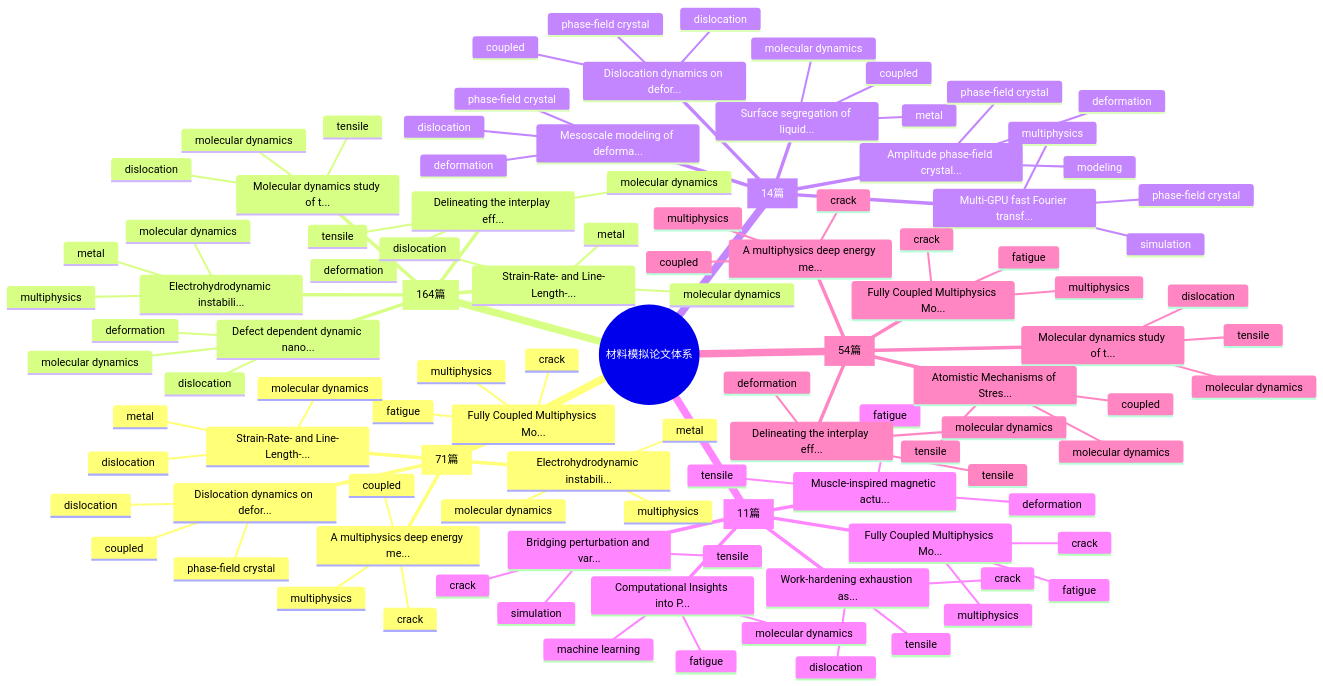
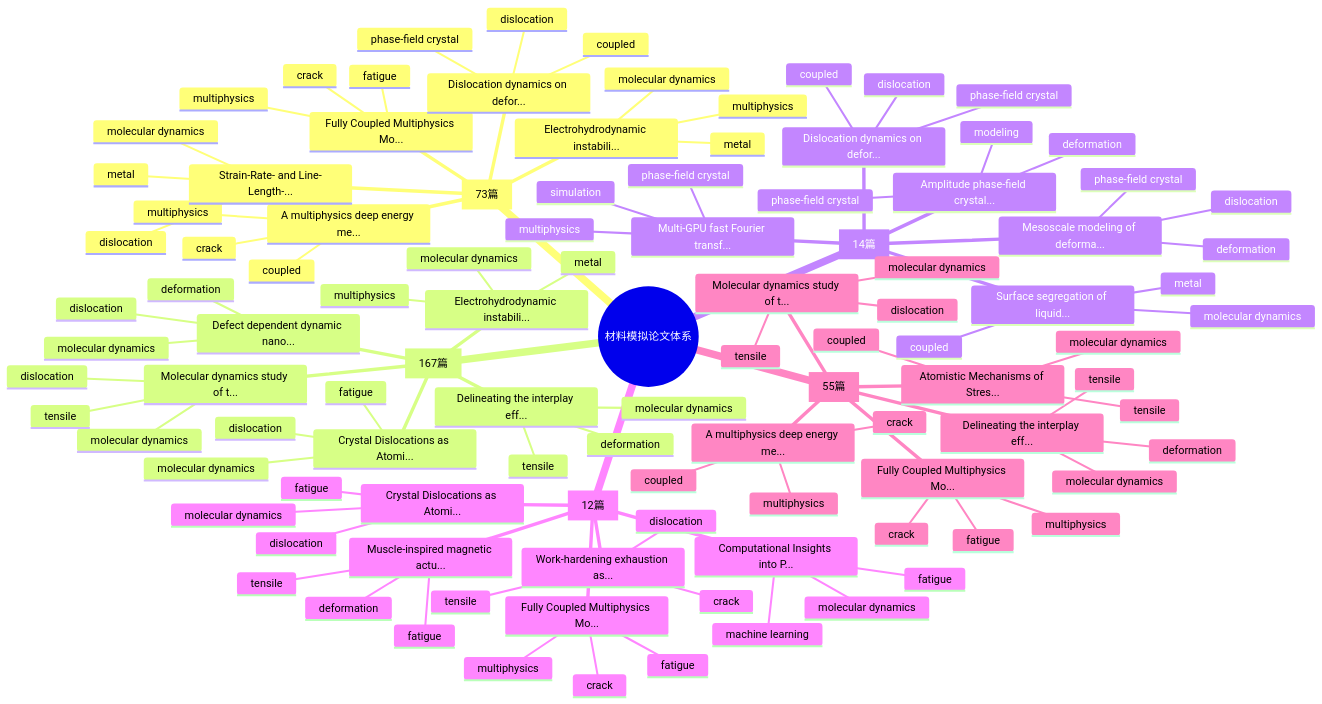
The first of 2 diagrams in reports/knowledge_graph.md (Shirakawa11111/BJK_readpaper), drawn with Mermaid before and after one commit. The commit also changed other lines of this file and 11 other files, not shown here.

````diff
--- a/reports/knowledge_graph.md
+++ b/reports/knowledge_graph.md
@@ -7,7 +7,7 @@
 ```mermaid
 mindmap
   root((材料模拟论文体系))
-    Multiphysics Coupling [71篇]
+    Multiphysics Coupling [73篇]
       Fully Coupled Multiphysics Mo...
         fatigue
         multiphysics
@@ -28,7 +28,11 @@
         molecular dynamics
         dislocation
         metal
-    Molecular Dynamics [164篇]
+    Molecular Dynamics [167篇]
+      Crystal Dislocations as Atomi...
+        molecular dynamics
+        fatigue
+        dislocation
       Molecular dynamics study of t...
         molecular dynamics
         dislocation
@@ -45,10 +49,6 @@
         molecular dynamics
         tensile
         deformation
-      Strain-Rate- and Line-Length-...
-        molecular dynamics
-        dislocation
-        metal
     Phase-Field Crystal [14篇]
       Dislocation dynamics on defor...
         phase-field crystal
@@ -70,11 +70,15 @@
         phase-field crystal
         dislocation
         deformation
-    Metal Fatigue Simulation [11篇]
+    Metal Fatigue Simulation [12篇]
       Fully Coupled Multiphysics Mo...
         fatigue
         multiphysics
         crack
+      Crystal Dislocations as Atomi...
+        molecular dynamics
+        fatigue
+        dislocation
       Computational Insights into P...
         molecular dynamics
         fatigue
@@ -87,11 +91,7 @@
         fatigue
         tensile
         deformation
-      Bridging perturbation and var...
-        crack
-        tensile
-        simulation
-    Tensile / Deformation Simulation [54篇]
+    Tensile / Deformation Simulation [55篇]
       Fully Coupled Multiphysics Mo...
         fatigue
         multiphysics
````
